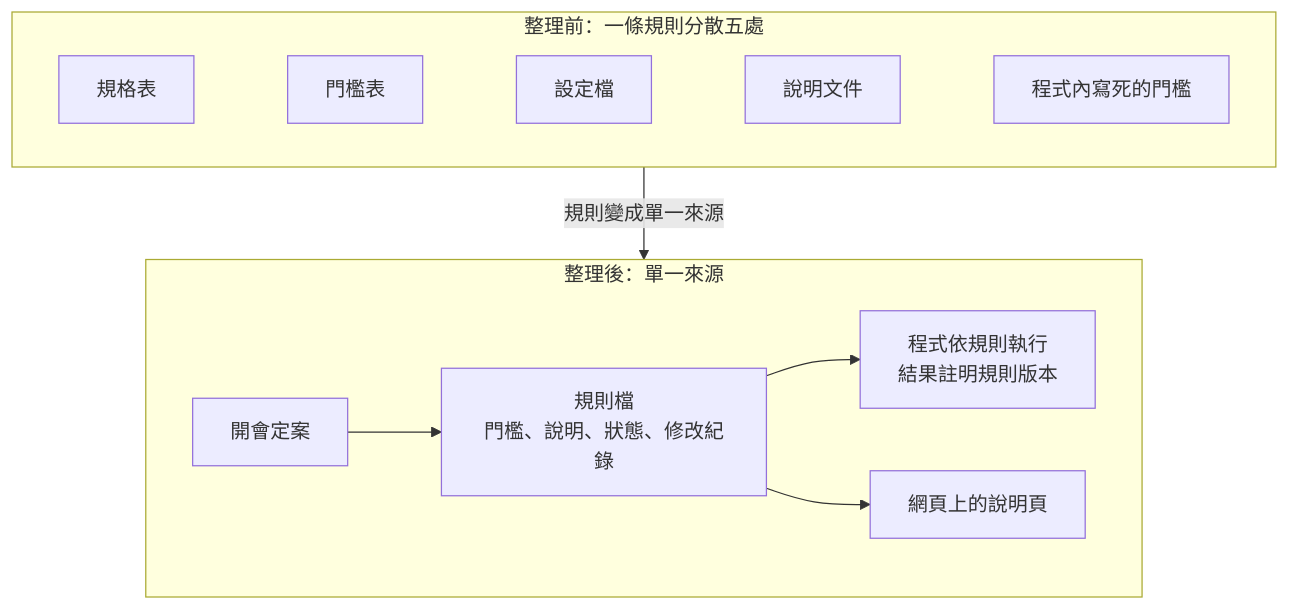
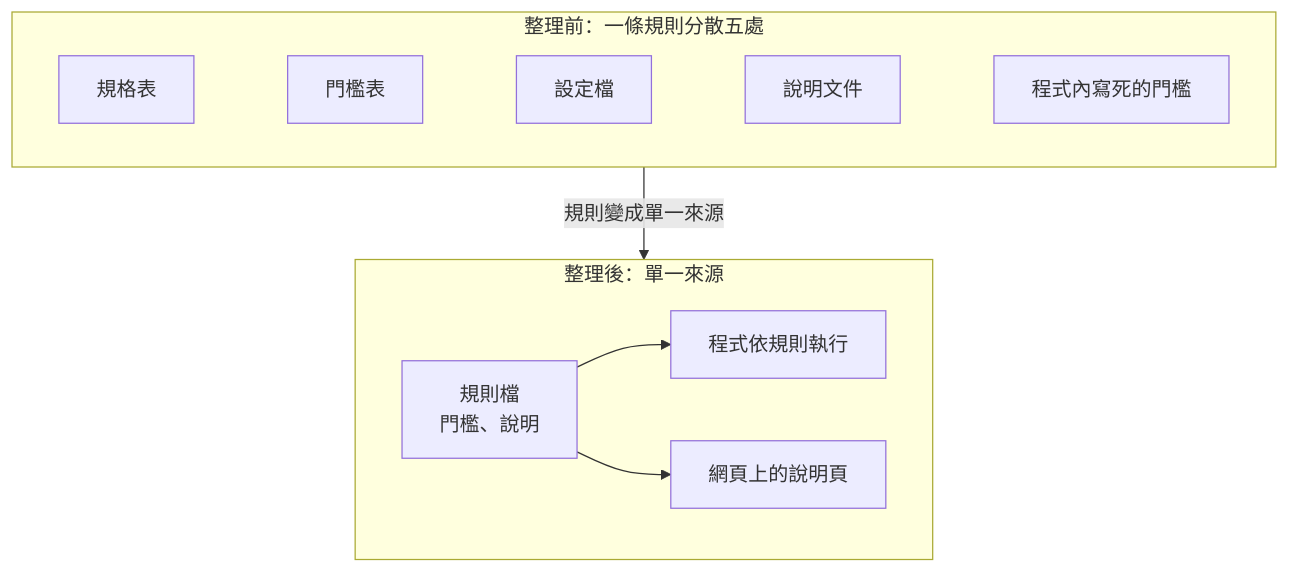
Before and after one commit to jimmy60504/agentic-knowledge-work: the second of 2 diagrams in drafts/16-week6-tool-development-case.md, drawn with Mermaid. The commit also changed other lines of this file and 3 other files, not shown here.

````diff
--- a/drafts/16-week6-tool-development-case.md
+++ b/drafts/16-week6-tool-development-case.md
@@ -214,14 +154,14 @@
 ```mermaid
 flowchart TB
     subgraph rule_before[整理前：一條規則分散五處]
         direction LR
         a1[規格表] ~~~ a2[門檻表] ~~~ a3[設定檔] ~~~ a4[說明文件] ~~~ a5[程式內寫死的門檻]
     end
     subgraph rule_after[整理後：單一來源]
         direction LR
-        M[開會定案] --> R[規則檔<br/>門檻、說明、狀態、修改紀錄]
-        R --> E[程式依規則執行<br/>結果註明規則版本]
+        R[規則檔<br/>門檻、說明]
+        R --> E[程式依規則執行]
         R --> G[網頁上的說明頁]
     end
     rule_before -->|規則變成單一來源| rule_after
 ```
````
